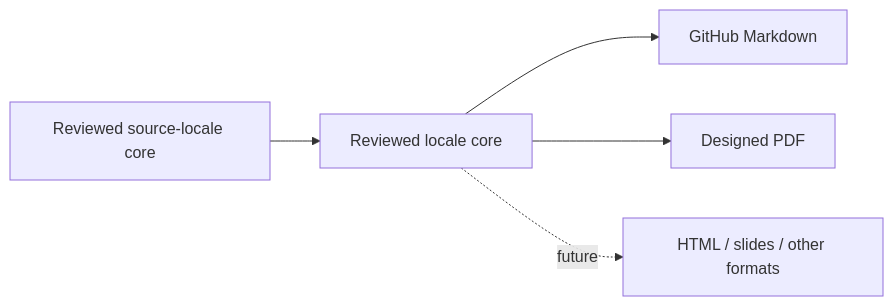
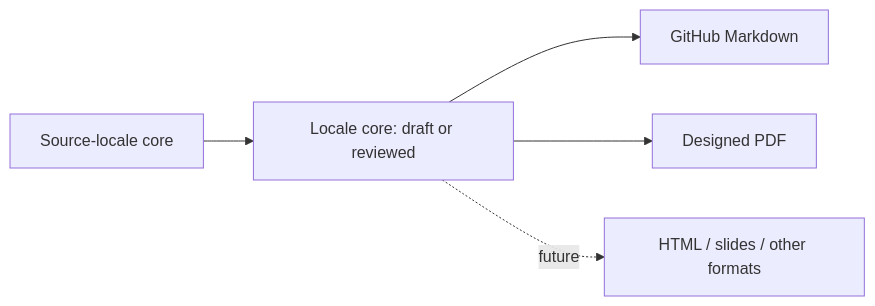
Before and after one commit to kungfu-systems/site-kungfu-publications: the diagram in README.md, drawn with Mermaid. The commit also changed other lines of this file and 9 other files, not shown here.

````diff
--- a/README.md
+++ b/README.md
@@ -12,7 +12,7 @@
 ```mermaid
 flowchart LR
-    A[Reviewed source-locale core] --> B[Reviewed locale core]
+    A[Source-locale core] --> B[Locale core: draft or reviewed]
     B --> C[GitHub Markdown]
     B --> D[Designed PDF]
     B -. future .-> E[HTML / slides / other formats]
 ```
````
